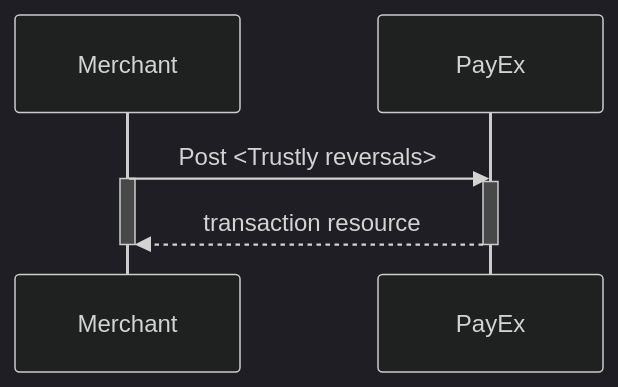
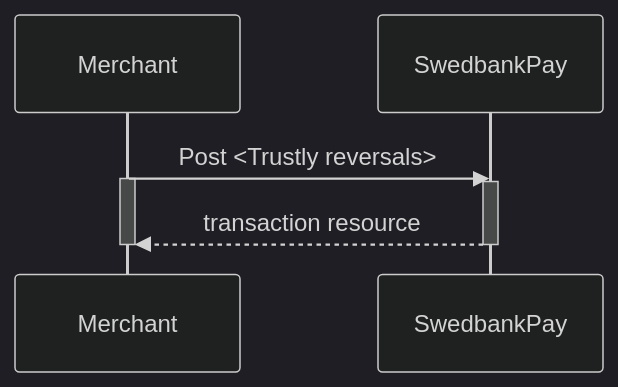
The diagram in payments/trustly/after-payment.md (SwedbankPay/developer.swedbankpay.com), drawn with Mermaid (dark theme) before and after one commit. The commit also changed other lines of this file, not shown here.

Commit message:
ESF-905 Review comment changes

````diff
--- a/payments/trustly/after-payment.md
+++ b/payments/trustly/after-payment.md
@@ -108,9 +108,9 @@
 ```mermaid
 sequenceDiagram
-    Merchant->>PayEx: Post <Trustly reversals>
+    Merchant->>SwedbankPay: Post <Trustly reversals>
     activate Merchant
-    activate PayEx
-    PayEx-->>Merchant: transaction resource
+    activate SwedbankPay
+    SwedbankPay-->>Merchant: transaction resource
     deactivate Merchant
-    deactivate PayEx
+    deactivate SwedbankPay
 ```
````
